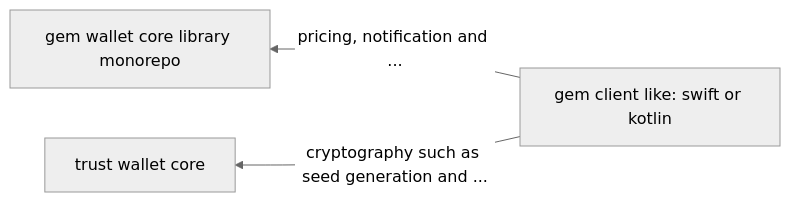
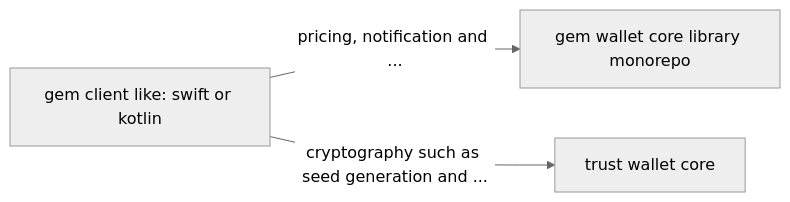
One commit to gemwalletcom/core changed the diagram in README.md. Above: the diagram before and after it, drawn with Mermaid (neutral theme).

Commit message:
Fix mermaid syntax

````diff
--- a/README.md
+++ b/README.md
@@ -19,8 +19,8 @@
 ```mermaid
-graph RL
+graph LR
     client[gem client like: swift or kotlin]
     core-lib[gem wallet core library monorepo]
     trust-core[trust wallet core]
     client-- pricing, notification and ... -->core-lib
     client-- cryptography such as seed generation and ... -->trust-core
 ```
````
